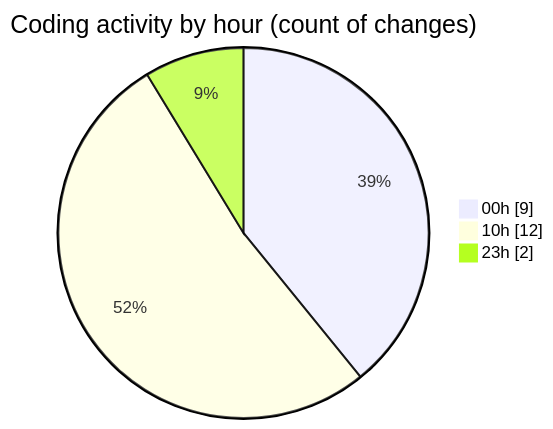
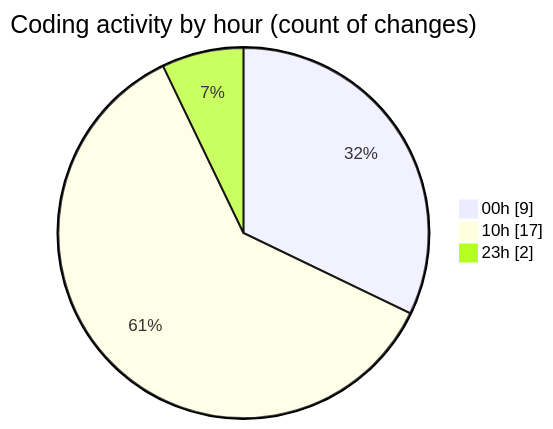
Before and after one commit to julien-gomy/code-tracking: the second of 2 diagrams in 2025-11-15/cdp_aleoudev_fr__workspace_/README.md, drawn with Mermaid. The commit also changed other lines of this file and 1 other file, not shown here.

````diff
--- a/2025-11-15/cdp_aleoudev_fr__workspace_/README.md
+++ b/2025-11-15/cdp_aleoudev_fr__workspace_/README.md
@@ -33,7 +33,7 @@
 ```mermaid
 pie showData
 title Coding activity by hour (count of changes)
 "00h" : 9
-"10h" : 12
+"10h" : 17
 "23h" : 2
 ```
````
